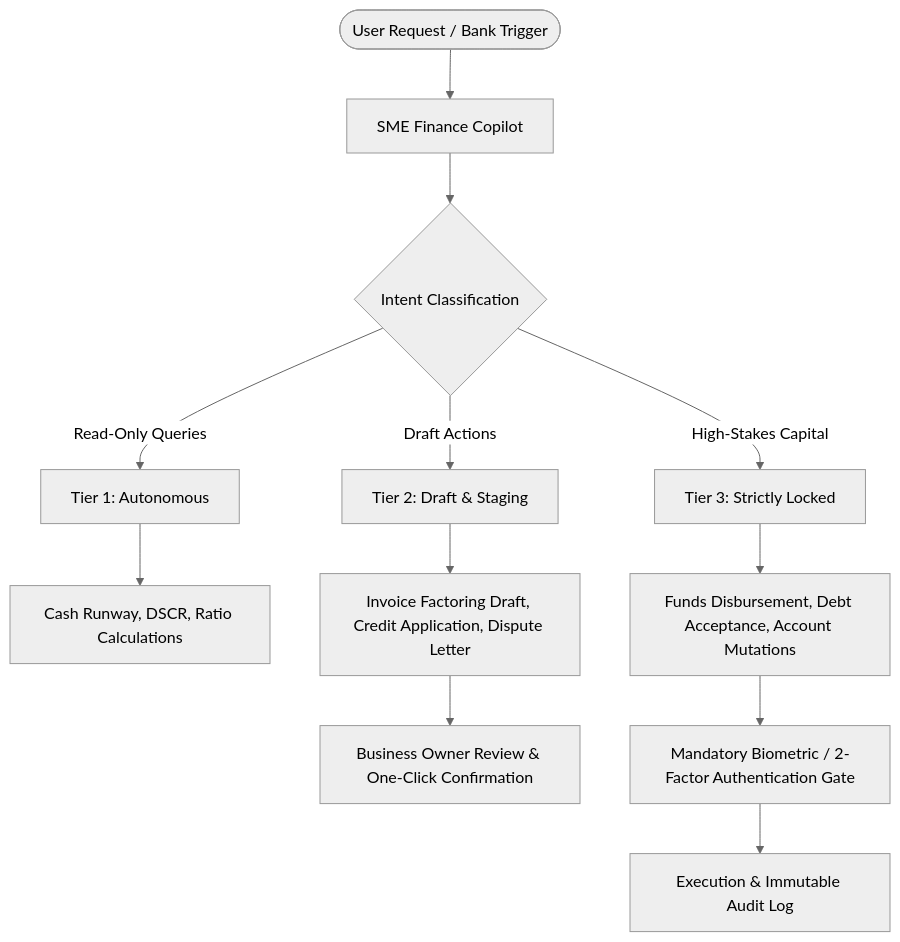
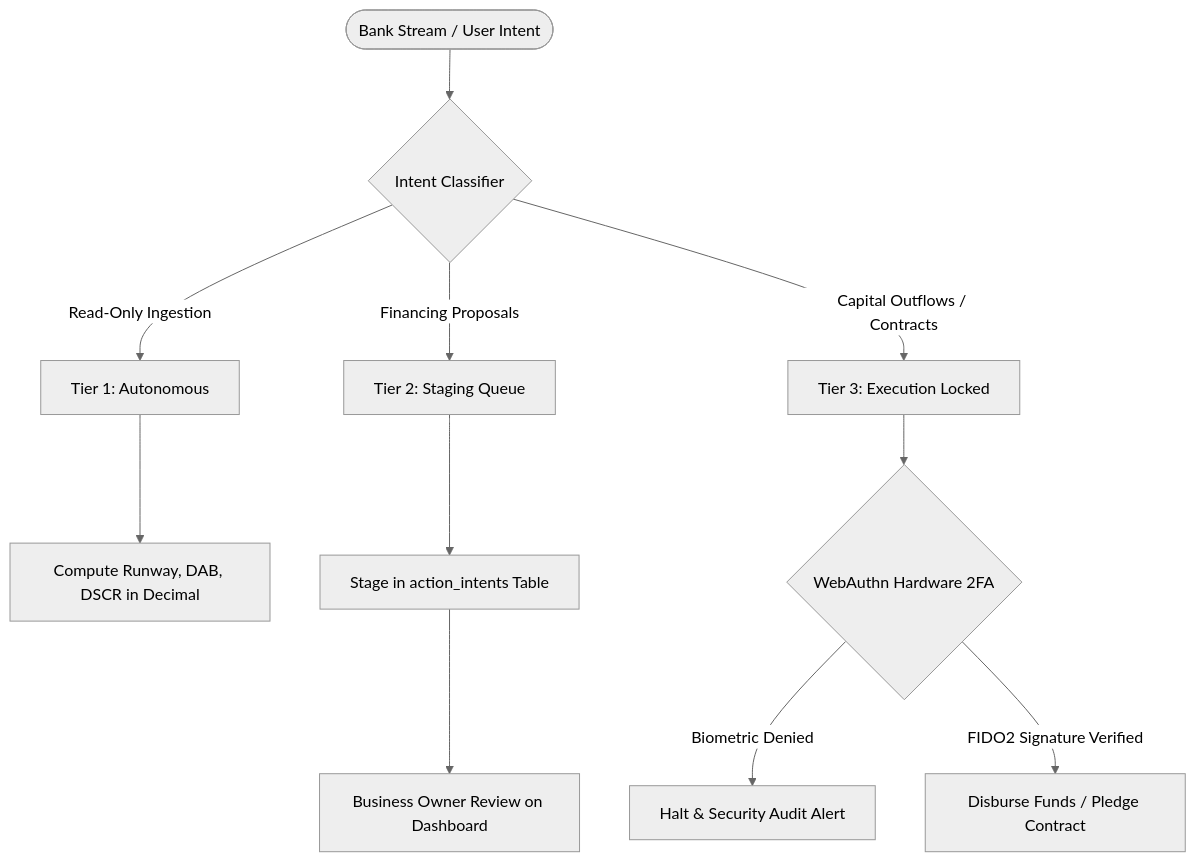
The diagram in README.md (SamJU25/CashPilot), drawn with Mermaid (neutral theme) before and after one commit. The commit also changed other lines of this file and 242 other files, not shown here.

Commit message:
feat: complete submission-grade README, verified backbones, and zero-conflict multi-agent architecture

````diff
--- a/README.md
+++ b/README.md
@@ -48,17 +99,16 @@
 ```mermaid
-graph TD
-    User([User Request / Bank Trigger]) --> Engine[SME Finance Copilot]
-    Engine --> Classify{Intent Classification}
+flowchart TD
+    Trigger([Bank Stream / User Intent]) --> Gate{Intent Classifier}
     
-    Classify -->|Read-Only Queries| T1[Tier 1: Autonomous]
-    T1 --> R1[Cash Runway, DSCR, Ratio Calculations]
+    Gate -->|Read-Only Ingestion| T1[Tier 1: Autonomous]
+    T1 --> S1[Compute Runway, DAB, DSCR in Decimal]
     
-    Classify -->|Draft Actions| T2[Tier 2: Draft & Staging]
-    T2 --> R2[Invoice Factoring Draft, Credit Application, Dispute Letter]
-    R2 --> Review[Business Owner Review & One-Click Confirmation]
+    Gate -->|Financing Proposals| T2[Tier 2: Staging Queue]
+    T2 --> S2[Stage in action_intents Table]
+    S2 --> Dashboard[Business Owner Review on Dashboard]
     
-    Classify -->|High-Stakes Capital| T3[Tier 3: Strictly Locked]
-    T3 --> R3[Funds Disbursement, Debt Acceptance, Account Mutations]
-    R3 --> 2FA[Mandatory Biometric / 2-Factor Authentication Gate]
-    2FA --> Execute[Execution & Immutable Audit Log]
+    Gate -->|Capital Outflows / Contracts| T3[Tier 3: Execution Locked]
+    T3 --> Biometric{WebAuthn Hardware 2FA}
+    Biometric -->|Biometric Denied| Halt[Halt & Security Audit Alert]
+    Biometric -->|FIDO2 Signature Verified| Execute[Disburse Funds / Pledge Contract]
 ```
````
